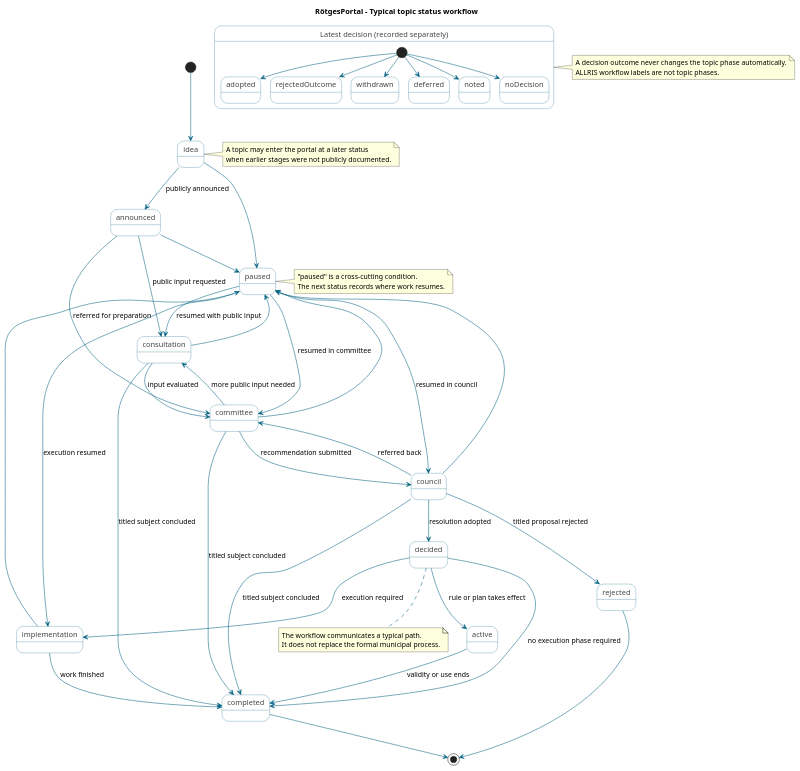
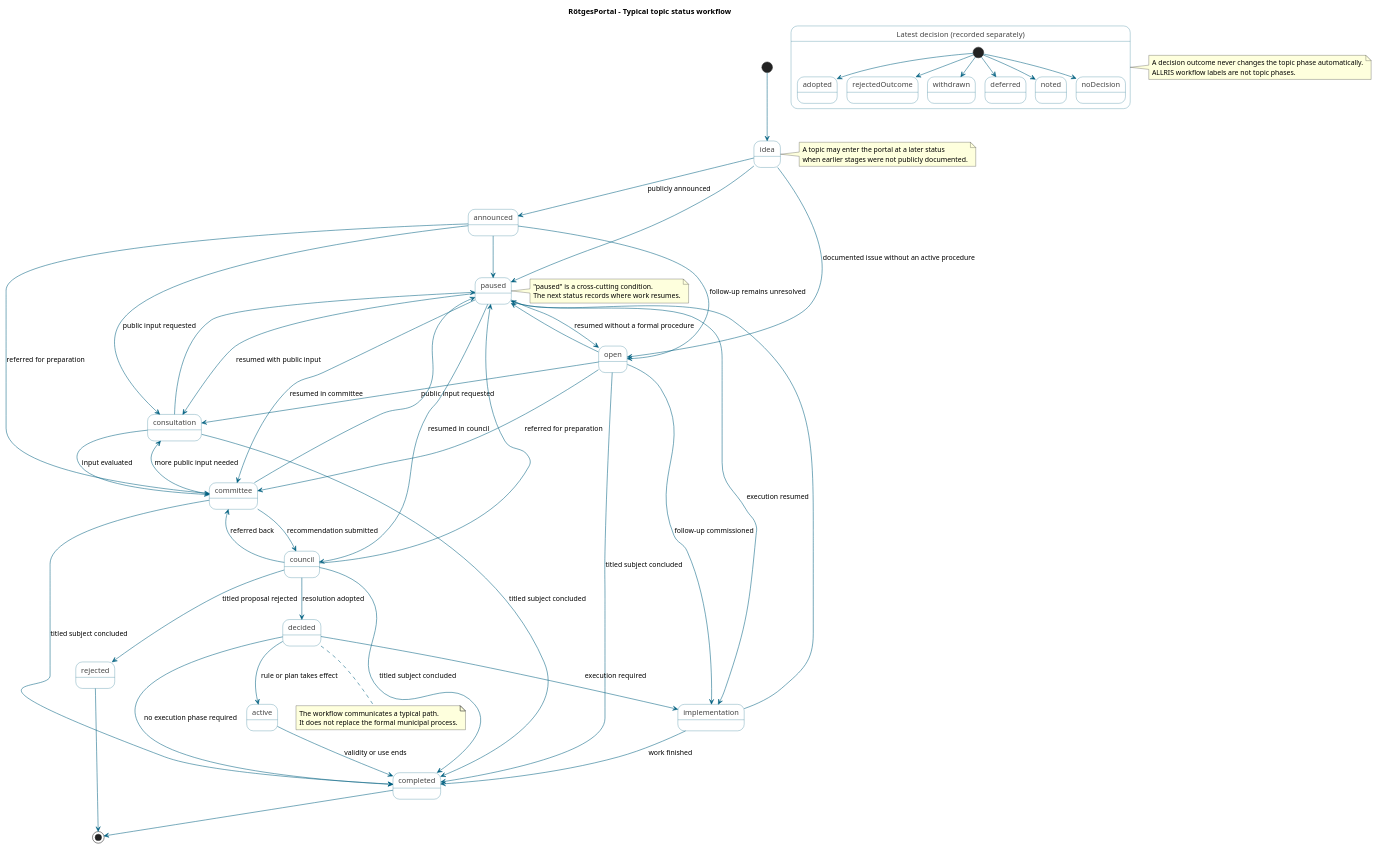
Before and after one commit to codeWithDEI/RoetgesPortal: the diagram in docs/architecture/topic-status-workflow.puml, drawn with PlantUML. The commit also changed 8 other files, not shown here.

```diff
--- a/docs/architecture/topic-status-workflow.puml
+++ b/docs/architecture/topic-status-workflow.puml
@@ -1,76 +1,84 @@
 @startuml
 title RötgesPortal – Typical topic status workflow
 
 skinparam backgroundColor transparent
 skinparam shadowing false
 skinparam state {
   BackgroundColor #FFFFFF
   BorderColor #006080
   FontColor #444444
   ArrowColor #006080
 }
 
 [*] --> idea
 idea --> announced : publicly announced
+idea --> open : documented issue without an active procedure
+announced --> open : follow-up remains unresolved
+open --> consultation : public input requested
+open --> committee : referred for preparation
+open --> implementation : follow-up commissioned
+open --> completed : titled subject concluded
 announced --> consultation : public input requested
 announced --> committee : referred for preparation
 consultation --> committee : input evaluated
 committee --> council : recommendation submitted
 council --> decided : resolution adopted
 decided --> implementation : execution required
 decided --> active : rule or plan takes effect
 decided --> completed : no execution phase required
 implementation --> completed : work finished
 active --> completed : validity or use ends
 
 committee --> consultation : more public input needed
 council --> committee : referred back
 
 consultation --> completed : titled subject concluded
 committee --> completed : titled subject concluded
 council --> completed : titled subject concluded
 council --> rejected : titled proposal rejected
 
 state "Latest decision (recorded separately)" as decision {
   [*] --> adopted
   [*] --> rejectedOutcome
   [*] --> withdrawn
   [*] --> deferred
   [*] --> noted
   [*] --> noDecision
 }
 
 idea --> paused
 announced --> paused
+open --> paused
 consultation --> paused
 committee --> paused
 council --> paused
 implementation --> paused
 paused --> consultation : resumed with public input
+paused --> open : resumed without a formal procedure
 paused --> committee : resumed in committee
 paused --> council : resumed in council
 paused --> implementation : execution resumed
 
 completed --> [*]
 rejected --> [*]
 
 note right of idea
   A topic may enter the portal at a later status
   when earlier stages were not publicly documented.
 end note
 
 note right of paused
   "paused" is a cross-cutting condition.
   The next status records where work resumes.
 end note
 
 note bottom of decided
   The workflow communicates a typical path.
   It does not replace the formal municipal process.
 end note
 
 note right of decision
   A decision outcome never changes the topic phase automatically.
   ALLRIS workflow labels are not topic phases.
 end note
 @enduml
```
